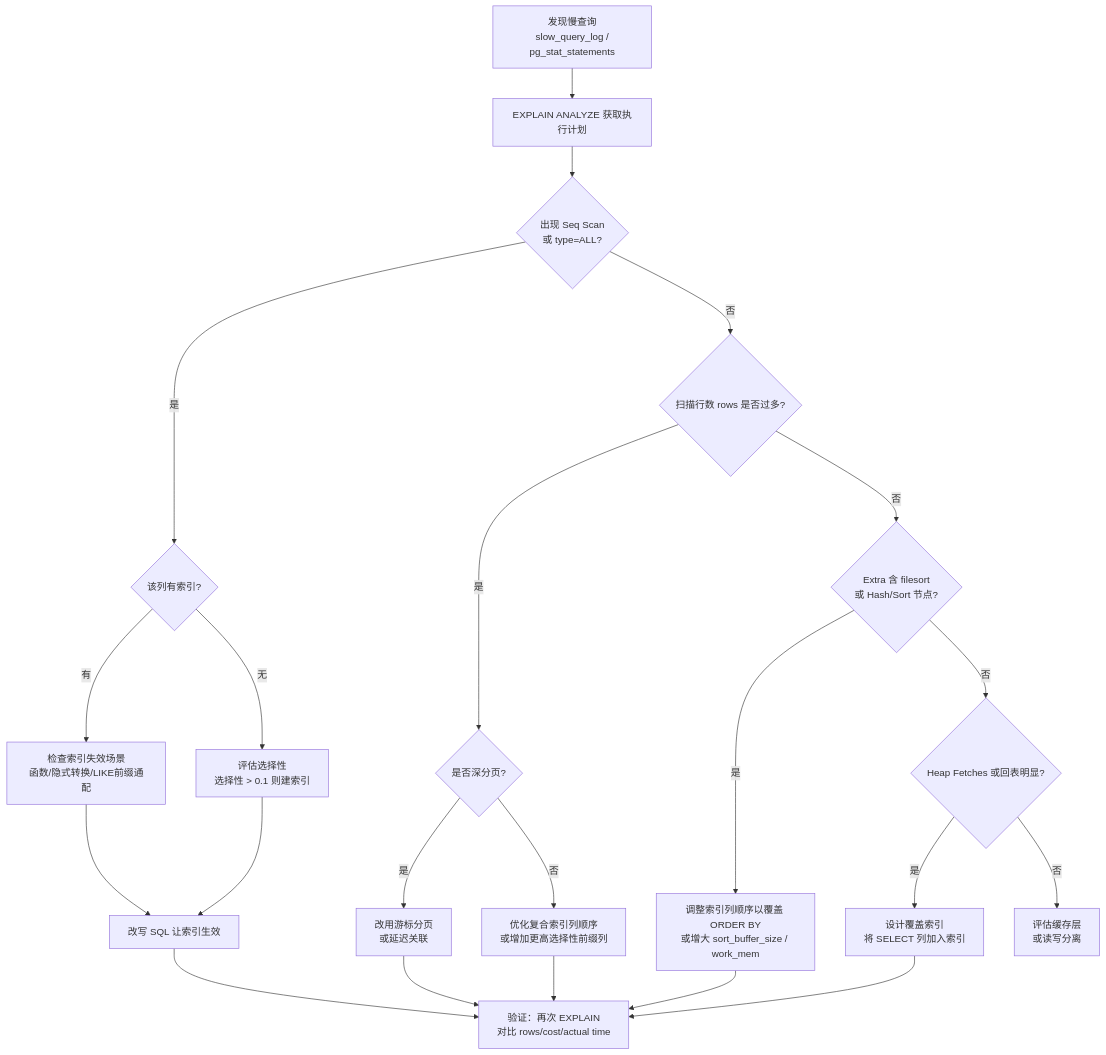
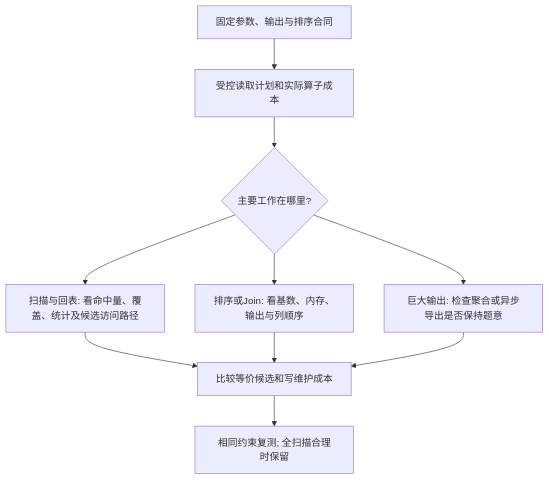
One commit to AmbitionC/front-end-journey-resource changed the diagram in knowledge/data/sql/sql-index-optimize.md. Above: the diagram before and after it, drawn with Mermaid. The commit also changed other lines of this file and 80 other files, not shown here.

````diff
--- a/knowledge/data/sql/sql-index-optimize.md
+++ b/knowledge/data/sql/sql-index-optimize.md
@@ -213,24 +223,12 @@
 ```mermaid
 flowchart TD
-    A[发现慢查询\n slow_query_log / pg_stat_statements] --> B[EXPLAIN ANALYZE 获取执行计划]
-    B --> C{出现 Seq Scan\n或 type=ALL?}
-    C -- 是 --> D{该列有索引?}
-    D -- 无 --> E[评估选择性\n选择性 > 0.1 则建索引]
-    D -- 有 --> F[检查索引失效场景\n函数/隐式转换/LIKE前缀通配]
-    F --> G[改写 SQL 让索引生效]
+    A[固定参数、输出与排序合同] --> B[受控读取计划和实际算子成本]
+    B --> C{主要工作在哪里?}
+    C --> D[扫描与回表: 看命中量、覆盖、统计及候选访问路径]
+    C --> E[排序或Join: 看基数、内存、输出与列顺序]
+    C --> F[巨大输出: 检查聚合或异步导出是否保持题意]
+    D --> G[比较等价候选和写维护成本]
     E --> G
-    C -- 否 --> H{扫描行数 rows 是否过多?}
-    H -- 是 --> I{是否深分页?}
-    I -- 是 --> J[改用游标分页\n或延迟关联]
-    I -- 否 --> K[优化复合索引列顺序\n或增加更高选择性前缀列]
-    H -- 否 --> L{Extra 含 filesort\n或 Hash/Sort 节点?}
-    L -- 是 --> M[调整索引列顺序以覆盖 ORDER BY\n或增大 sort_buffer_size / work_mem]
-    L -- 否 --> N{Heap Fetches 或回表明显?}
-    N -- 是 --> O[设计覆盖索引\n将 SELECT 列加入索引]
-    N -- 否 --> P[评估缓存层\n或读写分离]
-    G --> Q[验证：再次 EXPLAIN\n对比 rows/cost/actual time]
-    J --> Q
-    K --> Q
-    M --> Q
-    O --> Q
+    F --> G
+    G --> H[相同约束复测; 全扫描合理时保留]
 ```
````
